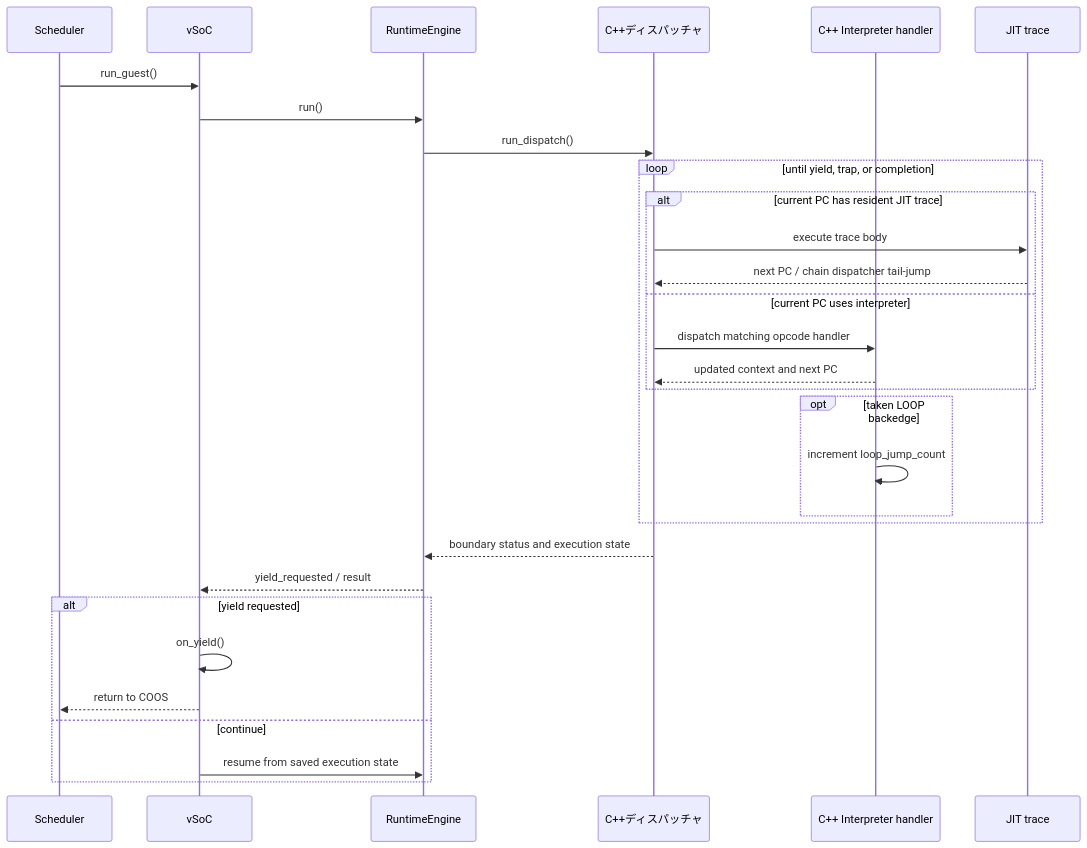
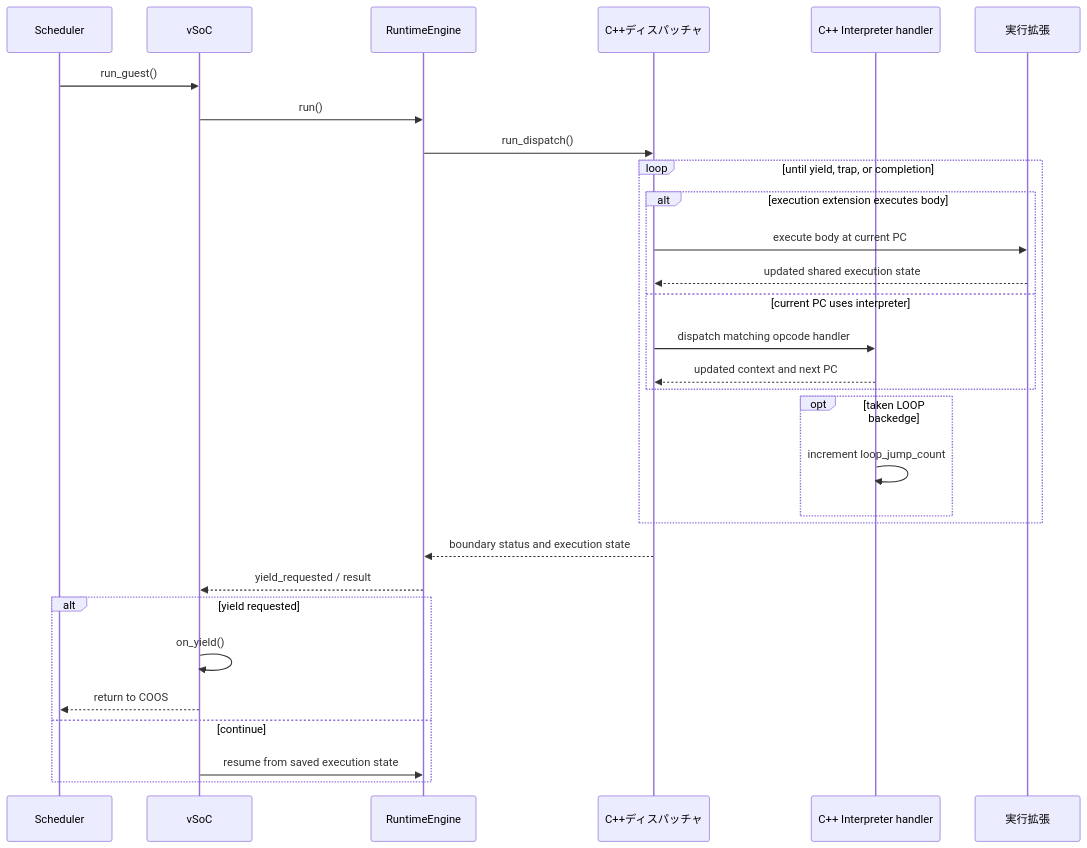
Before and after one commit to kmt-t/fireball: the third of 7 diagrams in docs/components/tier2_runtime/runtime_vsoc.md, drawn with Mermaid. The commit also changed other lines of this file and 24 other files, not shown here.

Commit message:
refactor(pysim): isolate JIT execution behind the native plugin boundary

````diff
--- a/docs/components/tier2_runtime/runtime_vsoc.md
+++ b/docs/components/tier2_runtime/runtime_vsoc.md
@@ -209,33 +209,33 @@
 ```mermaid
 sequenceDiagram
     participant S as Scheduler
     participant V as vSoC
     participant R as RuntimeEngine
     participant C as C++ディスパッチャ
     participant H as C++ Interpreter handler
-    participant J as JIT trace
+    participant J as 実行拡張
 
     S->>V: run_guest()
     V->>R: run()
     R->>C: run_dispatch()
     loop until yield, trap, or completion
-        alt current PC has resident JIT trace
-            C->>J: execute trace body
-            J-->>C: next PC / chain dispatcher tail-jump
+        alt execution extension executes body
+            C->>J: execute body at current PC
+            J-->>C: updated shared execution state
         else current PC uses interpreter
             C->>H: dispatch matching opcode handler
             H-->>C: updated context and next PC
         end
         opt taken LOOP backedge
             H->>H: increment loop_jump_count
         end
     end
     C-->>R: boundary status and execution state
     R-->>V: yield_requested / result
     alt yield requested
         V->>V: on_yield()
         V-->>S: return to COOS
     else continue
         V->>R: resume from saved execution state
     end
 ```
````
